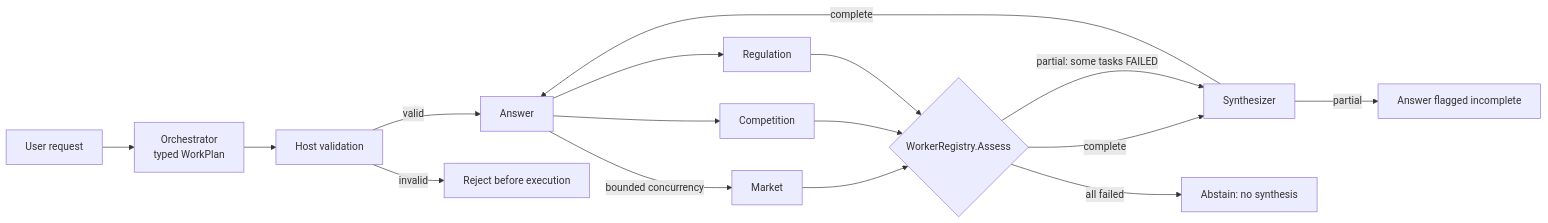
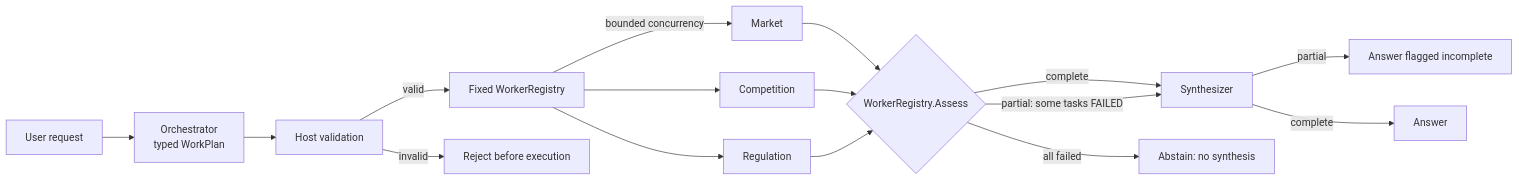
One commit to arst/agentic-patterns changed the diagram in PatternExplorer/patterns/OrchestratorWorkers.md. Above: the diagram before and after it, drawn with Mermaid. The commit also changed 1 other file, not shown here.

Commit message:
docs: stop the new mermaid branch from relabelling the worker registry
`S -->|complete| R[Answer]` reused the node id already bound to the registry,
so the rendered graph lost the registry and gave "Answer" its inbound and
outbound edges.

Claude-Session: https://claude.ai/code/session_01LB4jjPp7i2pxV55Vpe6tpc

````diff
--- a/PatternExplorer/patterns/OrchestratorWorkers.md
+++ b/PatternExplorer/patterns/OrchestratorWorkers.md
@@ -40,18 +40,18 @@
 ```mermaid
 flowchart LR
     U[User request] --> O[Orchestrator<br/>typed WorkPlan]
     O --> V[Host validation]
     V -->|valid| R[Fixed WorkerRegistry]
     R -->|bounded concurrency| W1[Market]
     R --> W2[Competition]
     R --> W3[Regulation]
     W1 --> A{WorkerRegistry.Assess}
     W2 --> A
     W3 --> A
     A -->|complete| S[Synthesizer]
     A -->|partial: some tasks FAILED| S
     A -->|all failed| X[Abstain: no synthesis]
     S -->|partial| P[Answer flagged incomplete]
-    S -->|complete| R[Answer]
+    S -->|complete| Ans[Answer]
     V -->|invalid| D[Reject before execution]
 ```
````
